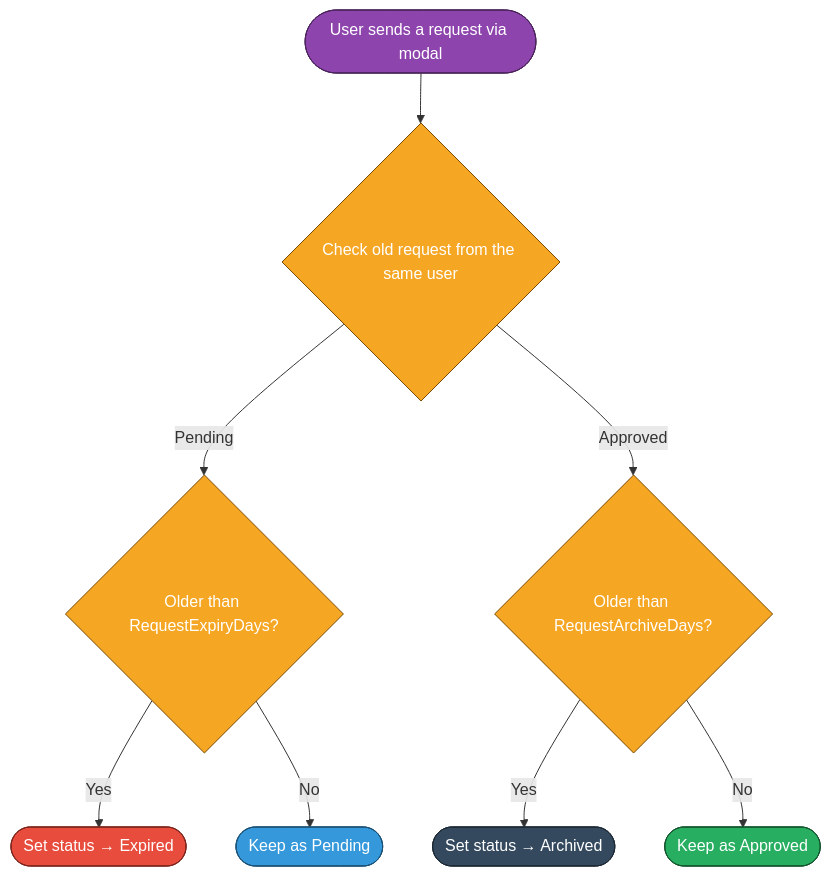
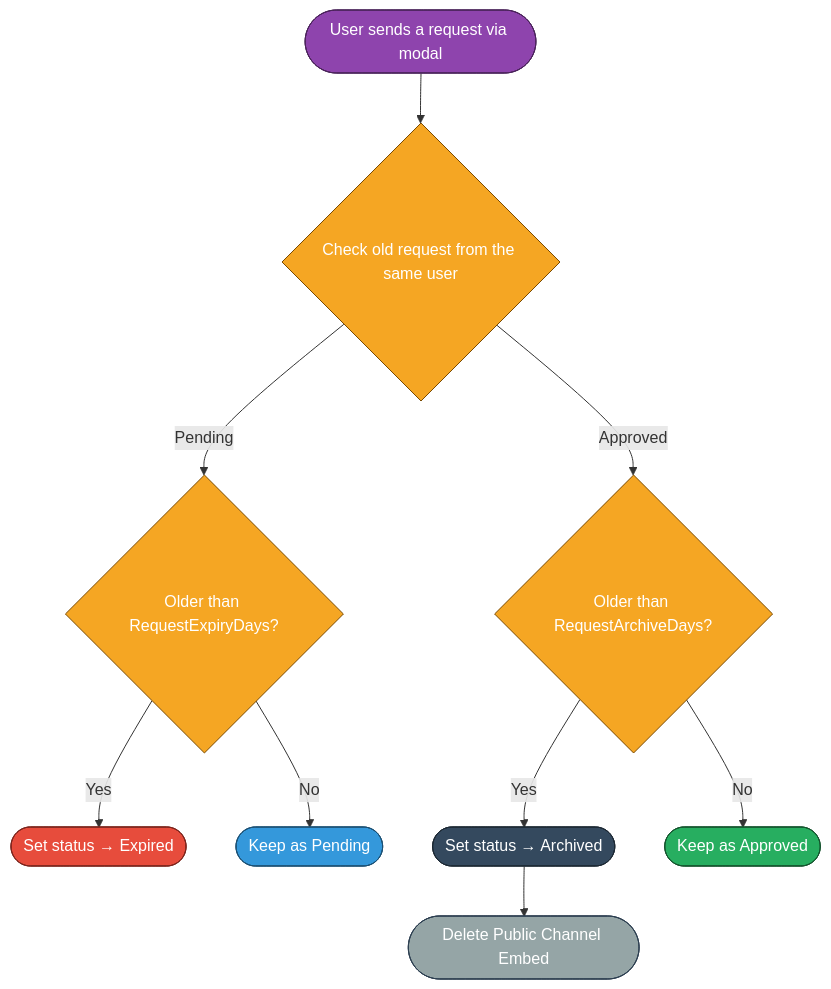
Before and after one commit to MonishKrishna2009/Apatite-Bot: the fourth of 4 diagrams in GitAssets/docs/Lfp-Lft System.md, drawn with Mermaid. The commit also changed 3 other files, not shown here.

Commit message:
feat: implement on-demand cleanup for expired and archived LFP/LFT requests

````diff
--- a/GitAssets/docs/Lfp-Lft System.md
+++ b/GitAssets/docs/Lfp-Lft System.md
@@ -82,20 +82,21 @@
 ```mermaid
 flowchart TD
     A([User sends a request via modal]):::process --> B{Check old request from the same user}:::decision
 
     B -- Pending --> C{Older than RequestExpiryDays?}:::decision
     C -- Yes --> D([Set status → Expired]):::expired
     C -- No --> E([Keep as Pending]):::pending
 
     B -- Approved --> F{Older than RequestArchiveDays?}:::decision
-    F -- Yes --> G([Set status → Archived]):::archived
-    F -- No --> H([Keep as Approved]):::approved
+    F -- Yes --> G([Set status → Archived]):::archived --> H([Delete Public Channel Embed]):::cleanup
+    F -- No --> I([Keep as Approved]):::approved
 
     %% Styles
     classDef process fill:#8E44AD,stroke:#4A235A,color:#fff;
     classDef decision fill:#F5A623,stroke:#7A4A00,color:#fff;
     classDef expired fill:#E74C3C,stroke:#7B241C,color:#fff;
     classDef archived fill:#34495E,stroke:#1C2833,color:#fff;
     classDef pending fill:#3498DB,stroke:#1B4F72,color:#fff;
     classDef approved fill:#27AE60,stroke:#14532D,color:#fff;
+    classDef cleanup fill:#95A5A6,stroke:#2C3E50,color:#fff;
 ```
````
